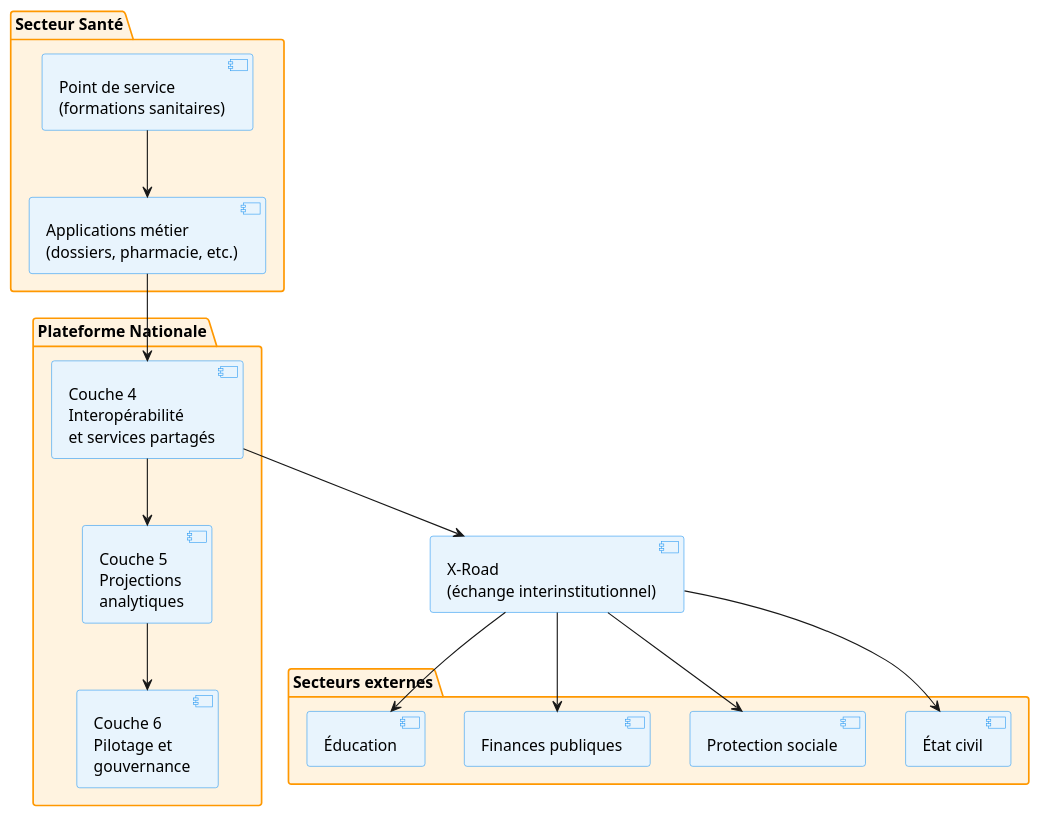
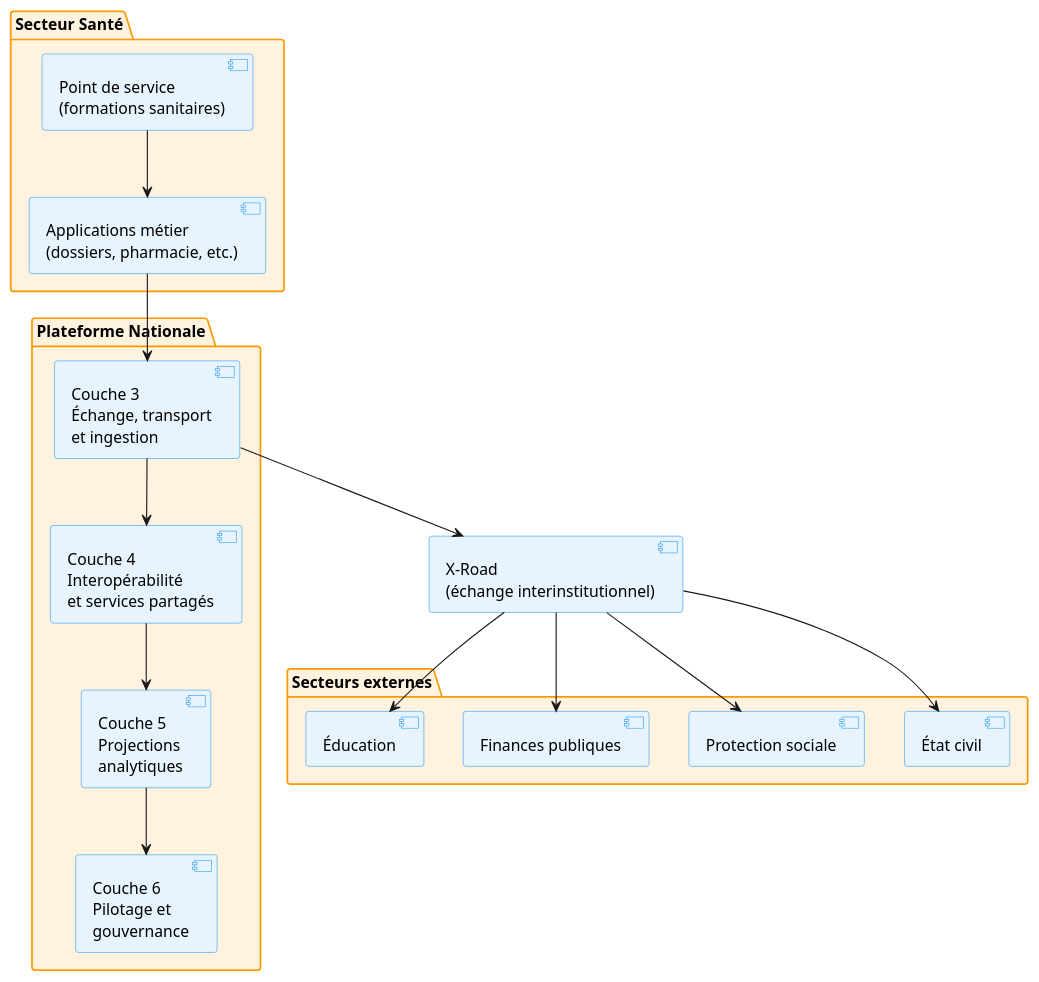
The first of 3 diagrams in 02_artsn/04_cartographie-cible/index.md (Data-Fi-Madagascar/health-enterprise-architecture), drawn with PlantUML before and after one commit. The commit also changed other lines of this file and 572 other files, not shown here.

````diff
--- a/02_artsn/04_cartographie-cible/index.md
+++ b/02_artsn/04_cartographie-cible/index.md
@@ -356,44 +330,46 @@
 ```plantuml
 @startuml
 skinparam component {
   BackgroundColor #E8F4FD
   BorderColor #2196F3
 }
 skinparam package {
   BackgroundColor #FFF3E0
   BorderColor #FF9800
 }
 
 package "Secteur Santé" as SANTE {
   component "Applications métier\n(dossiers, pharmacie, etc.)" as APPS
   component "Point de service\n(formations sanitaires)" as PS
 }
 
 package "Plateforme Nationale" as PLATEFORME {
+  component "Couche 3\nÉchange, transport\net ingestion" as C3
   component "Couche 4\nInteropérabilité\net services partagés" as C4
   component "Couche 5\nProjections\nanalytiques" as C5
   component "Couche 6\nPilotage et\ngouvernance" as C6
 }
 
 package "Secteurs externes" as EXTERNE {
   component "État civil" as EC
   component "Protection sociale" as PSOC
   component "Finances publiques" as FP
   component "Éducation" as EDU
 }
 
 component "X-Road\n(échange interinstitutionnel)" as XROAD
 
 PS --> APPS
-APPS --> C4
+APPS --> C3
+C3 --> C4
 C4 --> C5
 C5 --> C6
 
-C4 --> XROAD
+C3 --> XROAD
 XROAD --> EC
 XROAD --> PSOC
 XROAD --> FP
 XROAD --> EDU
 
 @enduml
 ```
````
